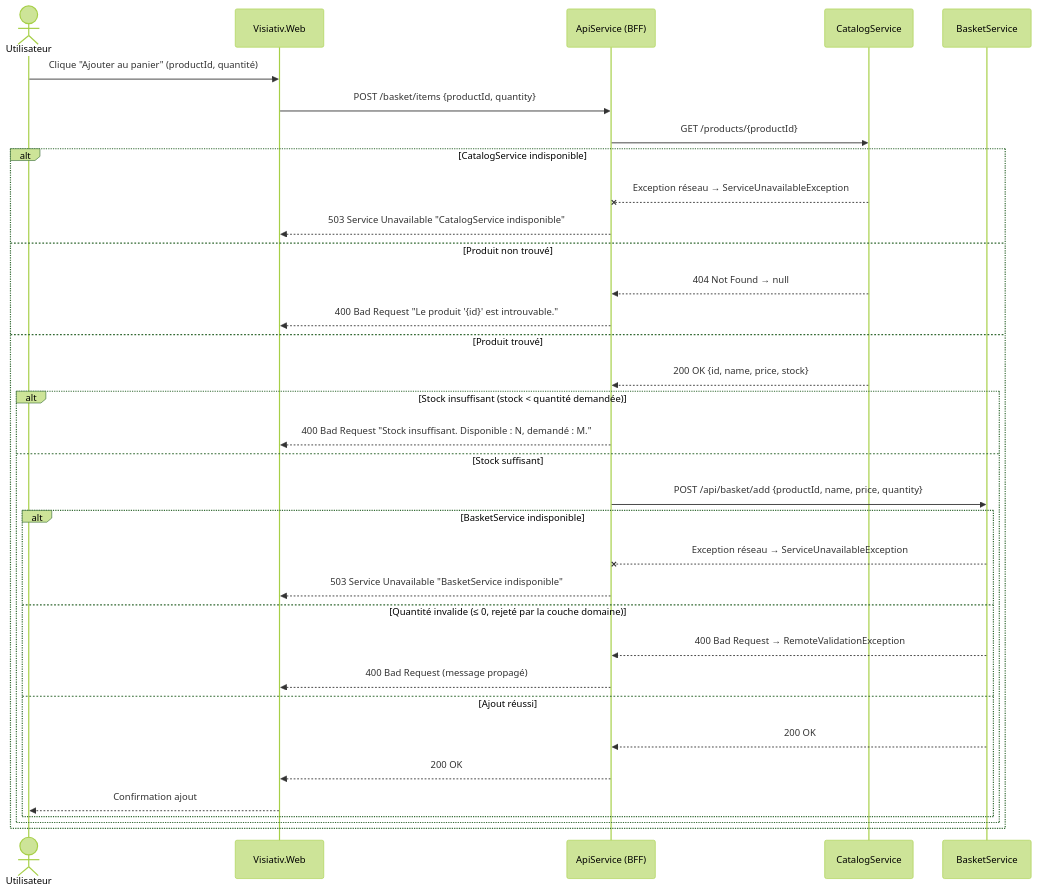
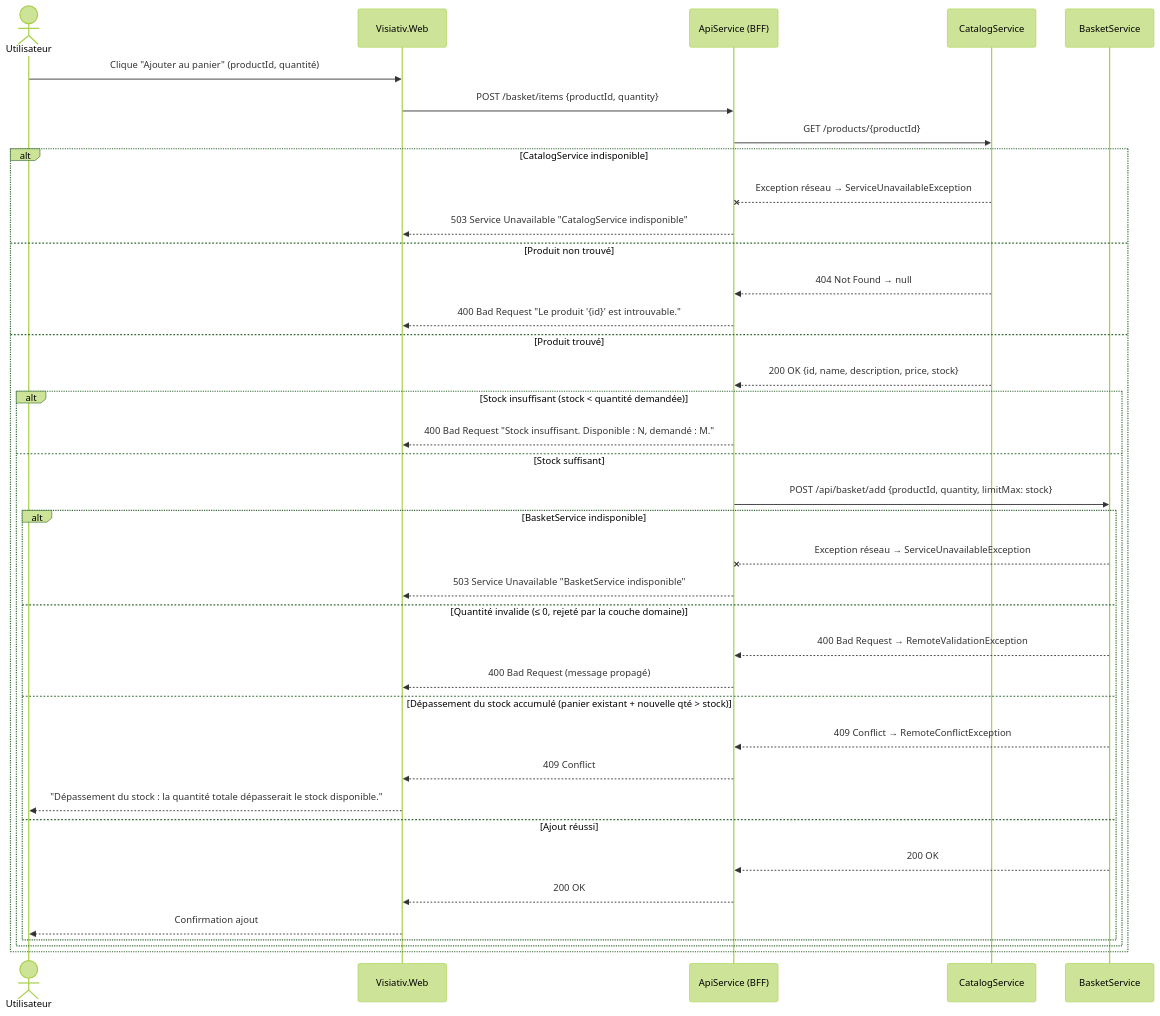
Before and after one commit to GreYak/Visiativ: the fourth of 6 diagrams in docs/architecture.md, drawn with Mermaid (forest theme). The commit also changed other lines of this file and 6 other files, not shown here.

````diff
--- a/docs/architecture.md
+++ b/docs/architecture.md
@@ -117,46 +110,51 @@
 ```mermaid
 sequenceDiagram
     actor User as Utilisateur
     participant Web as Visiativ.Web
     participant BFF as ApiService (BFF)
     participant Cat as CatalogService
     participant Bas as BasketService
 
     User->>Web: Clique "Ajouter au panier" (productId, quantité)
     Web->>BFF: POST /basket/items {productId, quantity}
 
     BFF->>Cat: GET /products/{productId}
 
     alt CatalogService indisponible
         Cat--xBFF: Exception réseau → ServiceUnavailableException
         BFF-->>Web: 503 Service Unavailable "CatalogService indisponible"
 
     else Produit non trouvé
         Cat-->>BFF: 404 Not Found → null
         BFF-->>Web: 400 Bad Request "Le produit '{id}' est introuvable."
 
     else Produit trouvé
-        Cat-->>BFF: 200 OK {id, name, price, stock}
+        Cat-->>BFF: 200 OK {id, name, description, price, stock}
 
         alt Stock insuffisant (stock < quantité demandée)
             BFF-->>Web: 400 Bad Request "Stock insuffisant. Disponible : N, demandé : M."
 
         else Stock suffisant
-            BFF->>Bas: POST /api/basket/add {productId, name, price, quantity}
+            BFF->>Bas: POST /api/basket/add {productId, quantity, limitMax: stock}
 
             alt BasketService indisponible
                 Bas--xBFF: Exception réseau → ServiceUnavailableException
                 BFF-->>Web: 503 Service Unavailable "BasketService indisponible"
 
             else Quantité invalide (≤ 0, rejeté par la couche domaine)
                 Bas-->>BFF: 400 Bad Request → RemoteValidationException
                 BFF-->>Web: 400 Bad Request (message propagé)
 
+            else Dépassement du stock accumulé (panier existant + nouvelle qté > stock)
+                Bas-->>BFF: 409 Conflict → RemoteConflictException
+                BFF-->>Web: 409 Conflict
+                Web-->>User: "Dépassement du stock : la quantité totale dépasserait le stock disponible."
+
             else Ajout réussi
                 Bas-->>BFF: 200 OK
                 BFF-->>Web: 200 OK
                 Web-->>User: Confirmation ajout
             end
         end
     end
 ```
````
